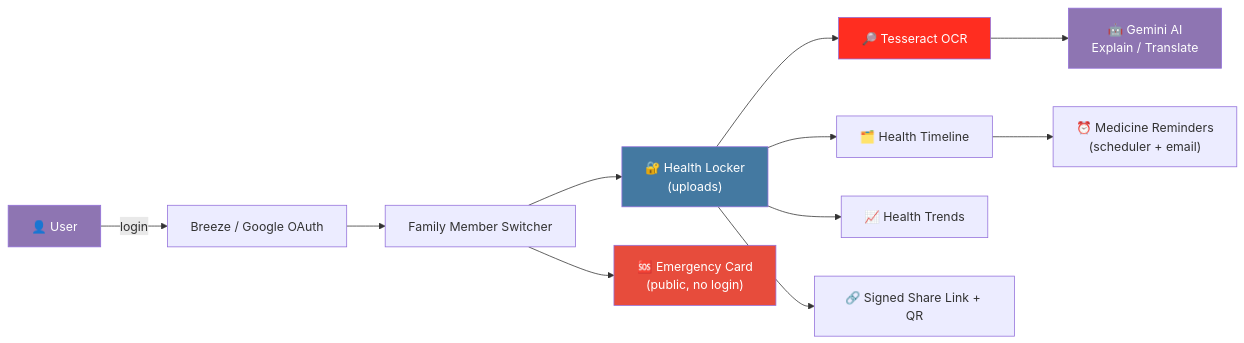
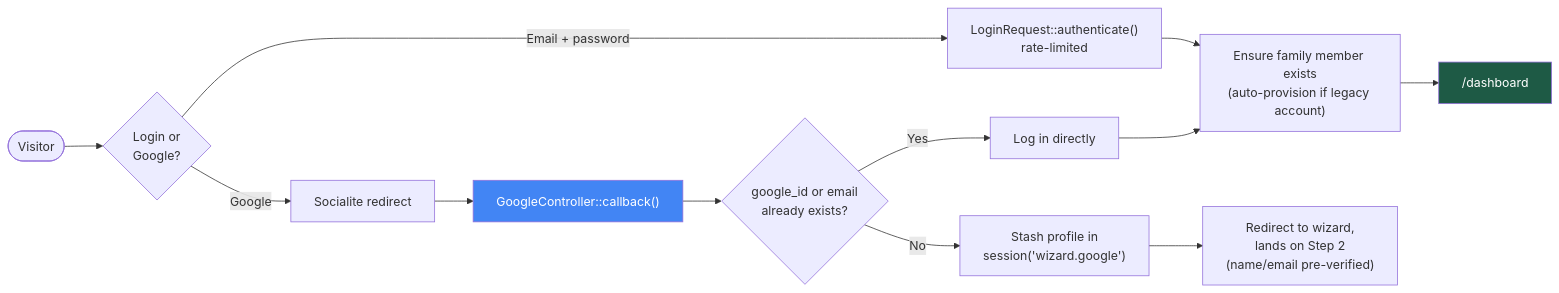
One commit to neevmodh/NivayaLife changed the second of 4 diagrams in README.md. Above: the diagram before and after it, drawn with Mermaid. The commit also changed other lines of this file and 192 other files, not shown here.

````diff
--- a/README.md
+++ b/README.md
@@ -71,19 +129,17 @@
 ```mermaid
 flowchart LR
-    U["👤 User"] -->|login| Auth["Breeze / Google OAuth"]
-    Auth --> FM["Family Member Switcher"]
-    FM --> Locker["🔐 Health Locker\n(uploads)"]
-    Locker --> OCR["🔎 Tesseract OCR"]
-    OCR --> Gemini["🤖 Gemini AI\nExplain / Translate"]
-    Locker --> Timeline["🗂️ Health Timeline"]
-    Locker --> Trends["📈 Health Trends"]
-    Locker --> Share["🔗 Signed Share Link + QR"]
-    FM --> Emergency["🆘 Emergency Card\n(public, no login)"]
-    Timeline --> Reminders["⏰ Medicine Reminders\n(scheduler + email)"]
+    Start(["Visitor"]) --> Choice{"Login or\nGoogle?"}
+    Choice -->|Email + password| LR["LoginRequest::authenticate()\nrate-limited"]
+    Choice -->|Google| OAuth["Socialite redirect"]
+    OAuth --> CB["GoogleController::callback()"]
+    CB --> Known{"google_id or email\nalready exists?"}
+    Known -->|Yes| LoginDirect["Log in directly"]
+    Known -->|No| Stash["Stash profile in\nsession('wizard.google')"]
+    Stash --> Wiz["Redirect to wizard,\nlands on Step 2\n(name/email pre-verified)"]
+    LR --> Dash["Ensure family member exists\n(auto-provision if legacy account)"]
+    LoginDirect --> Dash
+    Dash --> Dashboard["/dashboard"]
 
-    style U fill:#8E75B2,color:#fff
-    style Gemini fill:#8E75B2,color:#fff
-    style OCR fill:#FF2D20,color:#fff
-    style Locker fill:#4479A1,color:#fff
-    style Emergency fill:#e74c3c,color:#fff
+    style CB fill:#4285F4,color:#fff
+    style Dashboard fill:#1E5A45,color:#fff
 ```
````
